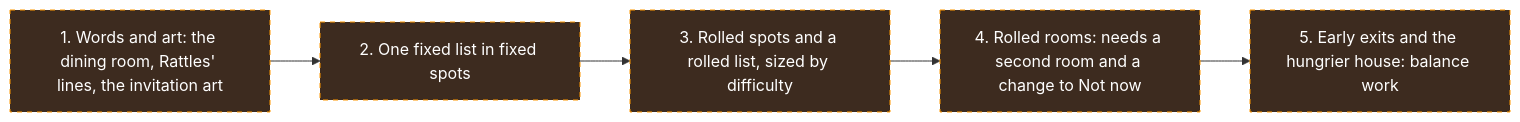
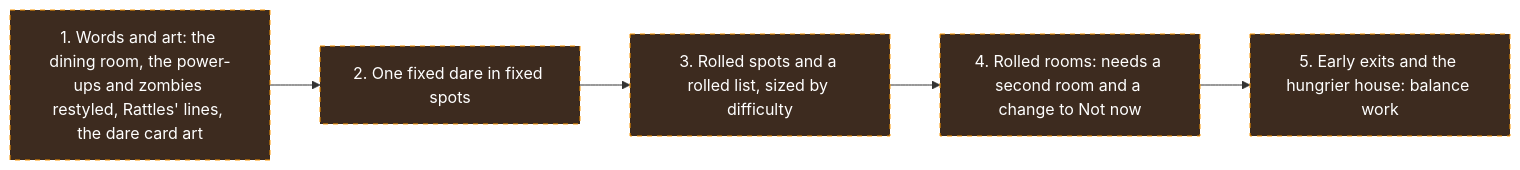
One commit to Tanner-Scadden/munch-manor changed the sixth of 6 diagrams in FLOW.md. Above: the diagram before and after it, drawn with Mermaid. The commit also changed other lines of this file and 2 other files, not shown here.

First line of the commit message:
docs: make the Munch Manor dare the story, and the power-ups the house's things

````diff
--- a/FLOW.md
+++ b/FLOW.md
@@ -191,9 +204,9 @@
 ```mermaid
 flowchart LR
-  words[1. Words and art: the dining room, Rattles' lines, the invitation art]:::proposed --> fixed[2. One fixed list in fixed spots]:::proposed
+  words[1. Words and art: the dining room, the power-ups and zombies restyled, Rattles' lines, the dare card art]:::proposed --> fixed[2. One fixed dare in fixed spots]:::proposed
   fixed --> spots[3. Rolled spots and a rolled list, sized by difficulty]:::proposed
   spots --> rooms[4. Rolled rooms: needs a second room and a change to Not now]:::proposed
   rooms --> leave[5. Early exits and the hungrier house: balance work]:::proposed
 
   classDef proposed fill:#3d2b1f,stroke:#ff9800,color:#fff,stroke-dasharray: 5 5
 ```
````
